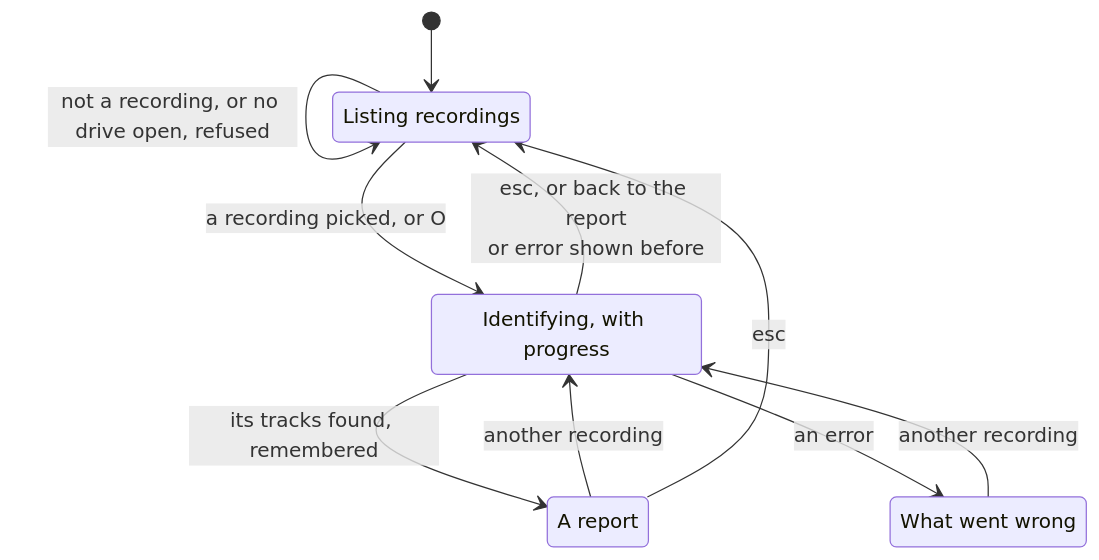
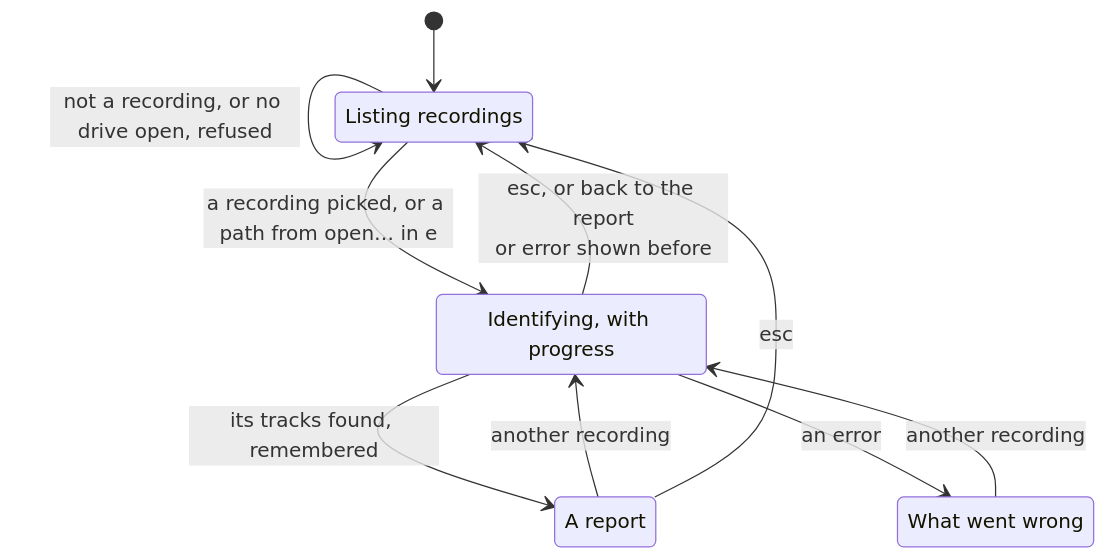
Before and after one commit to cutenode/localnetwork: diagram 20 of 21 in apps/locallibrary/docs/diagrams/player.md, drawn with Mermaid. The commit also changed other lines of this file and 186 other files, not shown here.

````diff
--- a/apps/locallibrary/docs/diagrams/player.md
+++ b/apps/locallibrary/docs/diagrams/player.md
@@ -353,16 +450,16 @@
 ```mermaid
 stateDiagram-v2
     state "Listing recordings" as List
     state "Identifying, with progress" as Busy
     state "A report" as Report
     state "What went wrong" as Failed
     [*] --> List
     List --> List: not a recording, or no drive open, refused
-    List --> Busy: a recording picked, or O
+    List --> Busy: a recording picked, or a path from open… in e
     Busy --> List: esc, or back to the report<br/>or error shown before
     Busy --> Report: its tracks found, remembered
     Busy --> Failed: an error
     Report --> Busy: another recording
     Failed --> Busy: another recording
     Report --> List: esc
 ```
````
